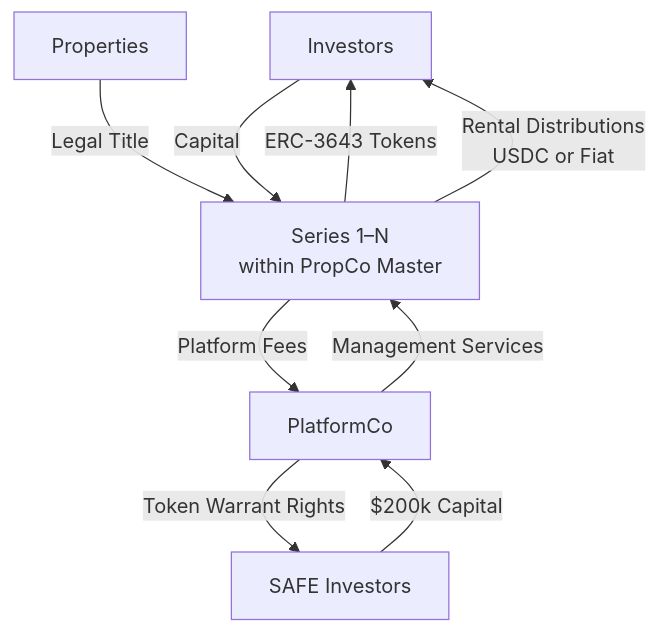
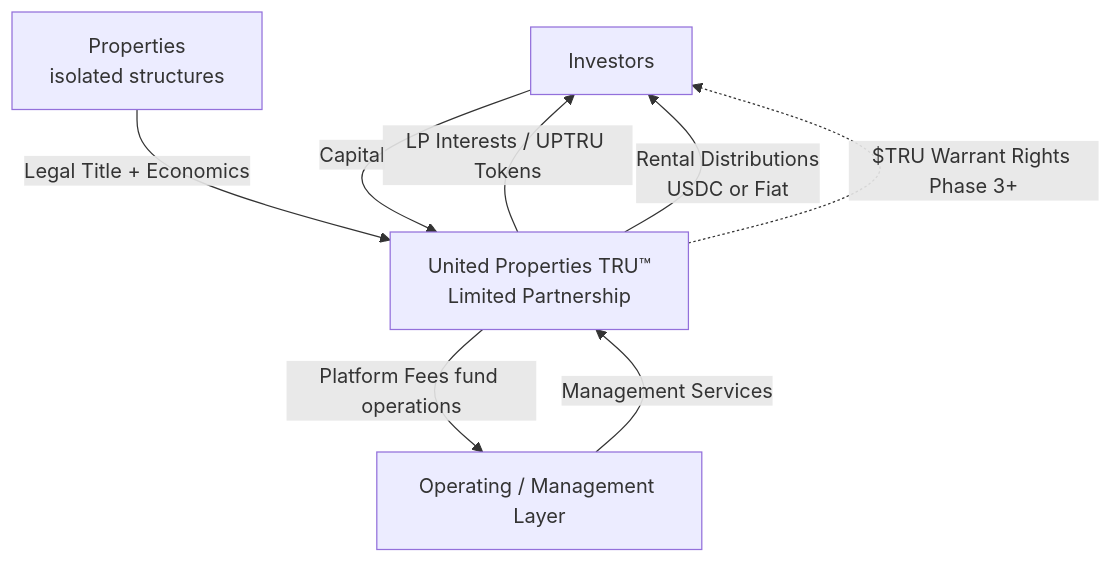
Before and after one commit to Gur-noor/Property-United: the diagram in docs/platform-ecosystem.md, drawn with Mermaid. The commit also changed other lines of this file and 17 other files, not shown here.

First line of the commit message:
Whitepaper: align entire doc to single model (whole-portfolio, Partnership, UPTRU)

````diff
--- a/docs/platform-ecosystem.md
+++ b/docs/platform-ecosystem.md
@@ -29,11 +29,10 @@
 ```mermaid
 graph TD
-    A[Investors] -->|Capital| B[Series 1–N<br/>within PropCo Master]
-    B -->|ERC-3643 Tokens| A
+    A[Investors] -->|Capital| B[United Properties TRU™<br/>Limited Partnership]
+    B -->|LP Interests / UPTRU Tokens| A
     B -->|Rental Distributions<br/>USDC or Fiat| A
-    C[Properties] -->|Legal Title| B
-    B -->|Platform Fees| D[PlatformCo]
-    D -->|Management Services| B
-    D -->|Token Warrant Rights| E[SAFE Investors]
-    E -->|$200k Capital| D
+    C[Properties<br/>isolated structures] -->|Legal Title + Economics| B
+    D[Operating / Management Layer] -->|Management Services| B
+    B -->|Platform Fees fund operations| D
+    B -.->|$TRU Warrant Rights Phase 3+| A
 ```
````
